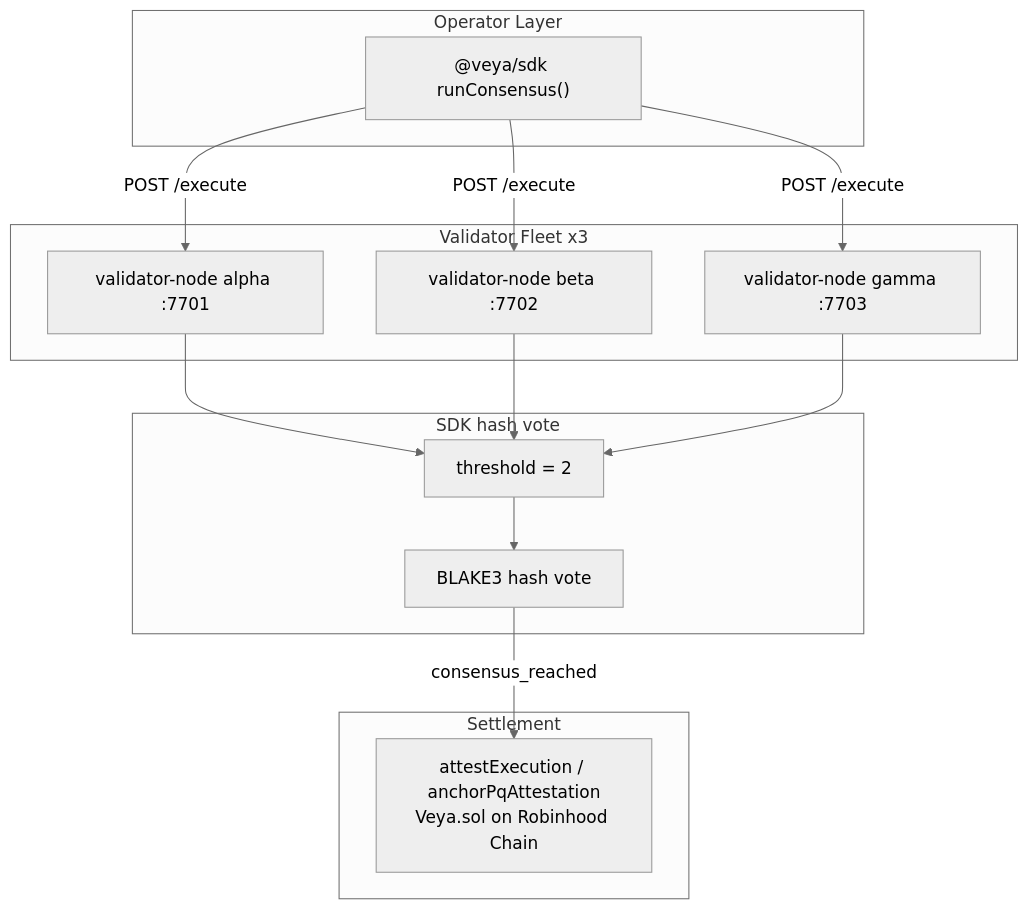
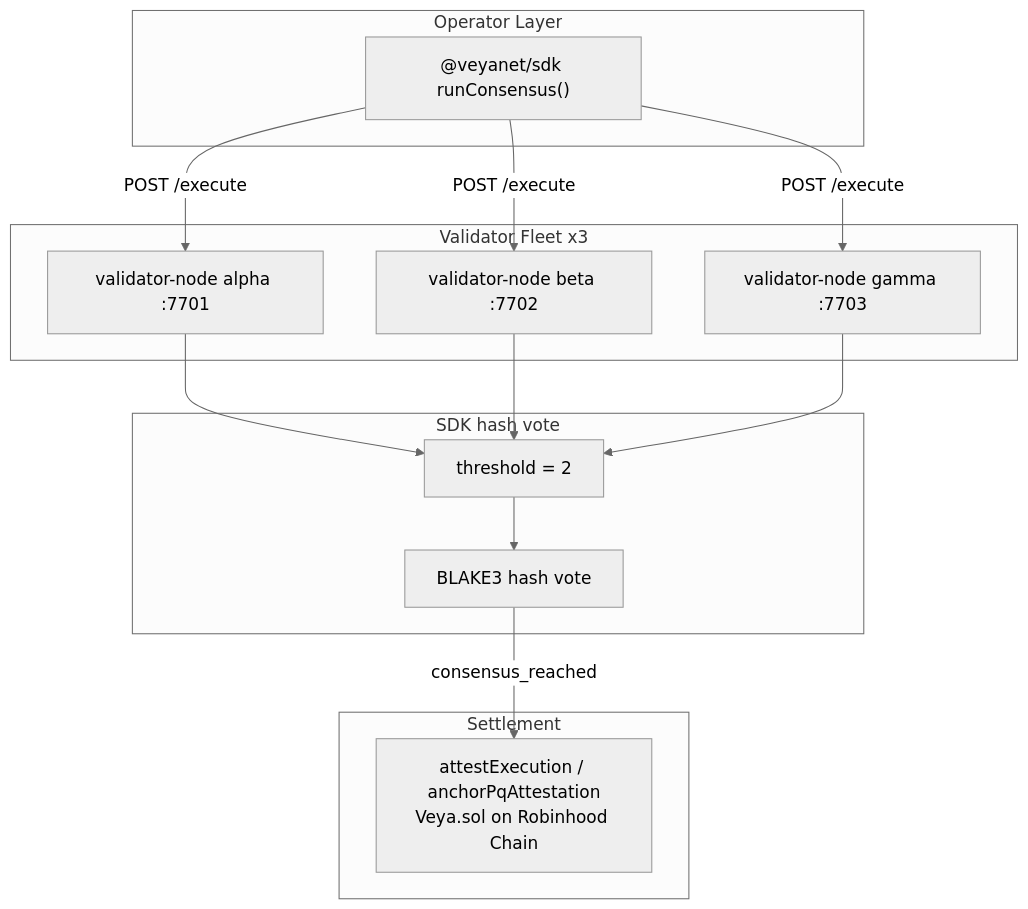
Before and after one commit to veyanet/veya-sdk: the first of 2 diagrams in docs/operations/consensus-cluster.md, drawn with Mermaid (neutral theme). The commit also changed other lines of this file and 34 other files, not shown here.

Commit message:
refactor(sdk): update package scope to @veyanet/sdk

````diff
--- a/docs/operations/consensus-cluster.md
+++ b/docs/operations/consensus-cluster.md
@@ -71,30 +71,30 @@
 ```mermaid
 flowchart TB
     subgraph Operator["Operator Layer"]
-        SDK["@veya/sdk runConsensus()"]
+        SDK["@veyanet/sdk runConsensus()"]
     end
 
     subgraph Fleet["Validator Fleet x3"]
         V1["validator-node alpha :7701"]
         V2["validator-node beta :7702"]
         V3["validator-node gamma :7703"]
     end
 
     subgraph Quorum["SDK hash vote"]
         EQ["threshold = 2"]
         B3["BLAKE3 hash vote"]
     end
 
     subgraph Anchor["Settlement"]
         VEYA["attestExecution / anchorPqAttestation\nVeya.sol on Robinhood Chain"]
     end
 
     SDK -->|"POST /execute"| V1
     SDK -->|"POST /execute"| V2
     SDK -->|"POST /execute"| V3
     V1 --> EQ
     V2 --> EQ
     V3 --> EQ
     EQ --> B3
     B3 -->|"consensus_reached"| VEYA
 ```
````
